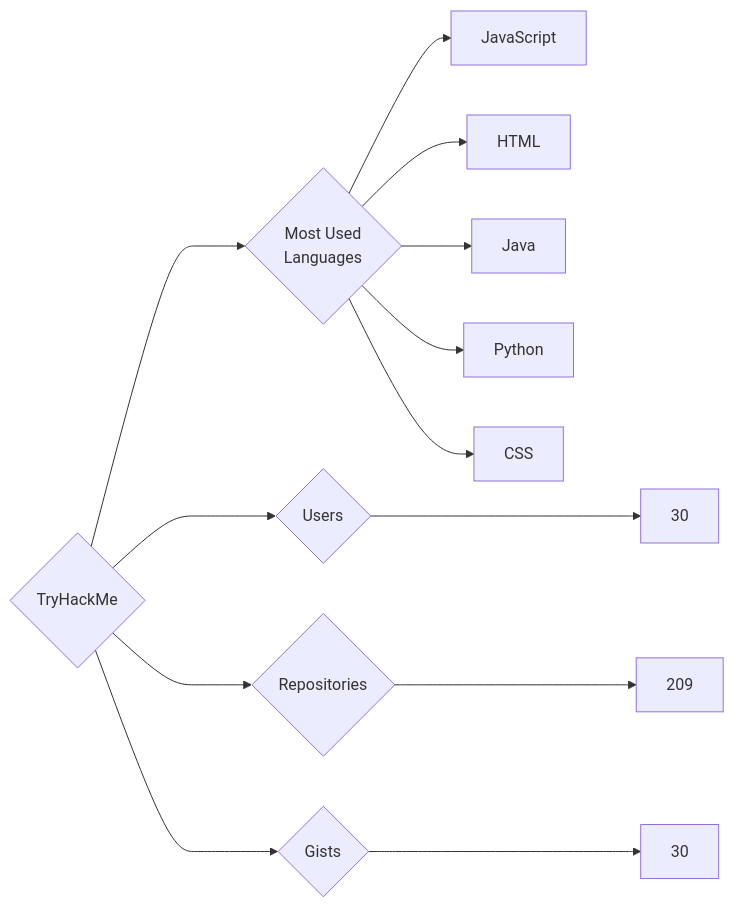
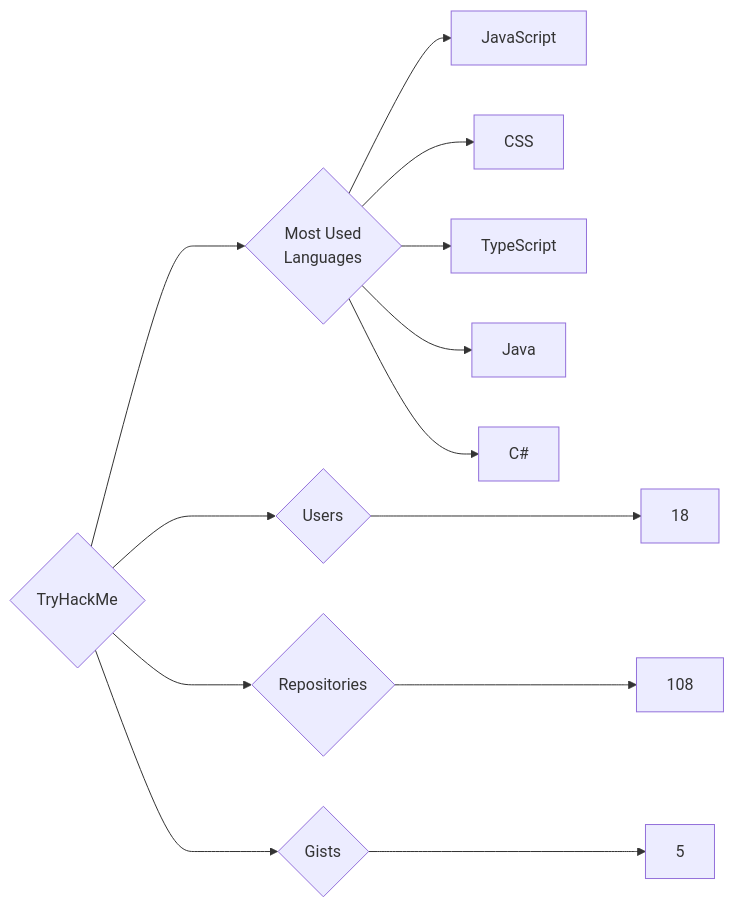
One commit to trickest/insiders changed the diagram in targets/TryHackMe/README.md. Above: the diagram before and after it, drawn with Mermaid. The commit also changed 773 other files, not shown here.

````diff
--- a/targets/TryHackMe/README.md
+++ b/targets/TryHackMe/README.md
@@ -3,13 +3,13 @@
 ```mermaid
 graph LR
 COMPANY_NAME{TryHackMe}
-COMPANY_NAME ---> U{Users} ---> UN[30]
-COMPANY_NAME ---> R{Repositories} ---> RN[209]
-COMPANY_NAME ---> G{Gists} ---> GN[30]
+COMPANY_NAME ---> U{Users} ---> UN[18]
+COMPANY_NAME ---> R{Repositories} ---> RN[108]
+COMPANY_NAME ---> G{Gists} ---> GN[5]
 COMPANY_NAME ---> ML{Most Used<br>Languages}
 ML --> JavaScript[JavaScript]
-ML --> HTML[HTML]
+ML --> CSS[CSS]
+ML --> TypeScript[TypeScript]
 ML --> Java[Java]
-ML --> Python[Python]
-ML --> CSS[CSS]
+ML --> C#[C#]
 ```
````
